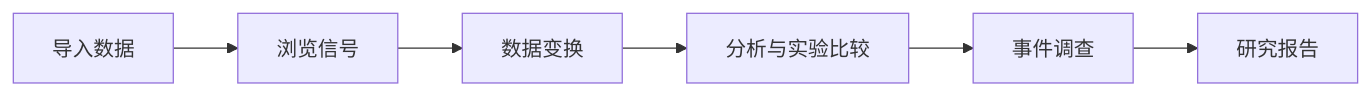
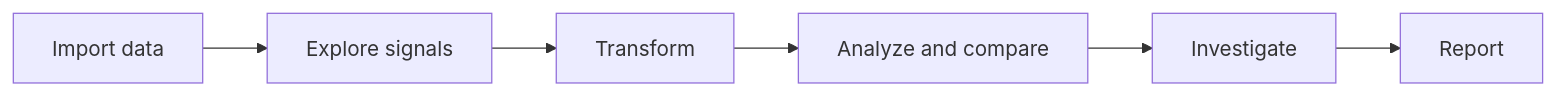
The diagram in README.md (dongxuelian2/L5), drawn with Mermaid before and after one commit. The commit also changed other lines of this file, not shown here.

````diff
--- a/README.md
+++ b/README.md
@@ -30,8 +30,8 @@
 ```mermaid
 flowchart LR
-    A[导入数据] --> B[浏览信号]
-    B --> C[数据变换]
-    C --> D[分析与实验比较]
-    D --> E[事件调查]
-    E --> F[研究报告]
+    A[Import data] --> B[Explore signals]
+    B --> C[Transform]
+    C --> D[Analyze and compare]
+    D --> E[Investigate]
+    E --> F[Report]
 ```
````
